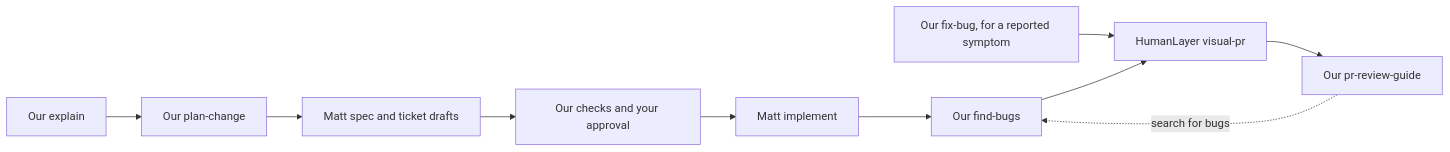
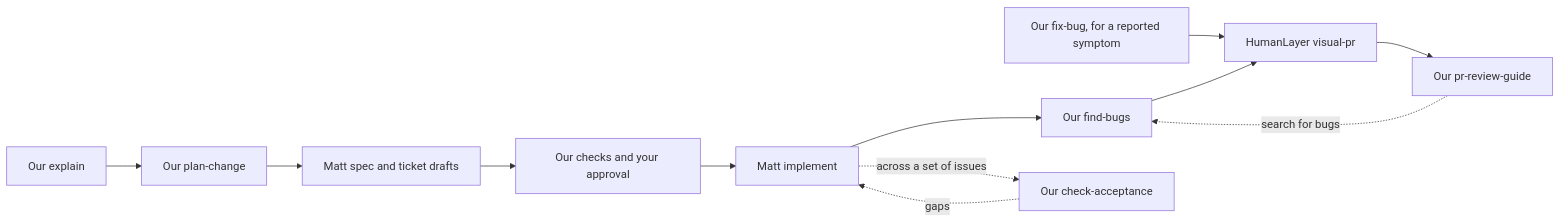
The diagram in docs/workflow.md (aantoniadis/skills), drawn with Mermaid before and after one commit. The commit also changed other lines of this file and 26 other files, not shown here.

First line of the commit message:
Add check-acceptance skill and release 0.4.0 (#2)

````diff
--- a/docs/workflow.md
+++ b/docs/workflow.md
@@ -217,12 +235,14 @@
 ```mermaid
 flowchart LR
     U[Our explain] --> N[Our plan-change]
     N --> D[Matt spec and ticket drafts]
     D --> C[Our checks and your approval]
     C --> I[Matt implement]
     I --> F[Our find-bugs]
     B[Our fix-bug, for a reported symptom] --> P
     F --> P[HumanLayer visual-pr]
     P --> R[Our pr-review-guide]
+    I -. across a set of issues .-> A[Our check-acceptance]
+    A -. gaps .-> I
     R -. search for bugs .-> F
 ```
````
